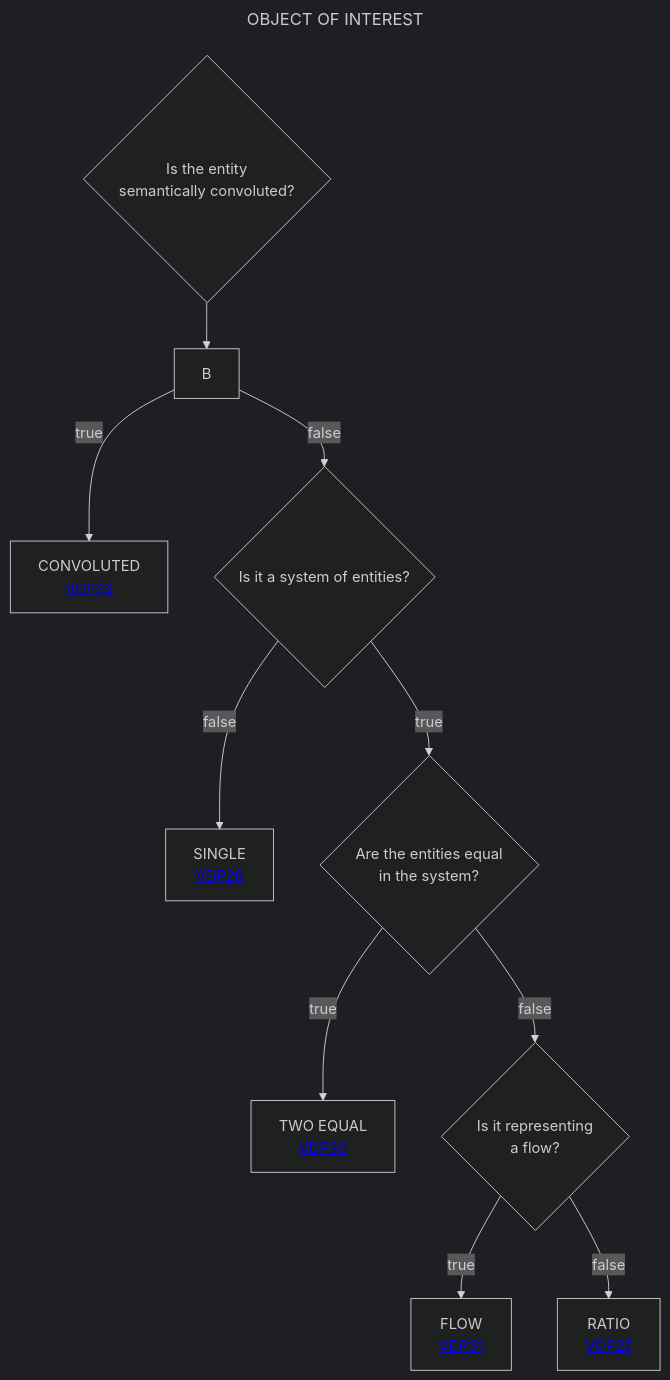
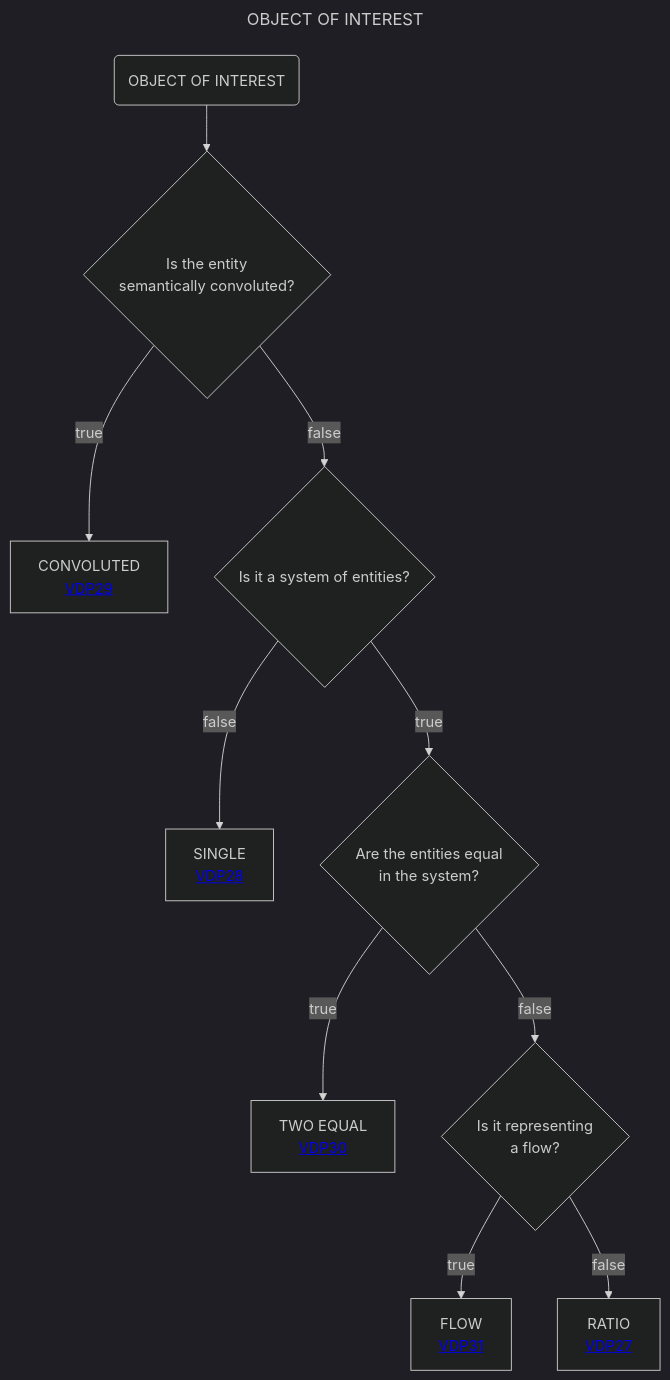
The diagram in Decisition_trees/DT5.mmd (mabablue/I-ADOPT-patterns-playground), drawn with Mermaid (dark theme) before and after one commit.

```diff
--- a/Decisition_trees/DT5.mmd
+++ b/Decisition_trees/DT5.mmd
@@ -1,13 +1,13 @@
 ---
 title: OBJECT OF INTEREST
 ---
 flowchart TD
-    A{Is the entity <br> semantically convoluted?} --> B
+    A(OBJECT OF INTEREST) --> B{Is the entity <br> semantically convoluted?}
     B --> |true|C[CONVOLUTED <br> <a href='https://github.com/mabablue/I-ADOPT-patterns-playground/blob/main/pattern/VDP29.yaml'>VDP29</a>]
     B --> |false|D{Is it a system of entities?}
     D --> |false|E[SINGLE <br> <a href='https://github.com/mabablue/I-ADOPT-patterns-playground/blob/main/pattern/VDP28.yaml'>VDP28</a>]
     D --> |true|F{Are the entities equal <br> in the system?}
     F --> |true|G[TWO EQUAL <br> <a href='https://github.com/mabablue/I-ADOPT-patterns-playground/blob/main/pattern/VDP30.yaml'>VDP30</a>]
     F --> |false|H{Is it representing <br> a flow?}
     H --> |true|I[FLOW <br> <a href='https://github.com/mabablue/I-ADOPT-patterns-playground/blob/main/pattern/VDP31.yaml'>VDP31</a>]
     H --> |false|J[RATIO <br> <a href='https://github.com/mabablue/I-ADOPT-patterns-playground/blob/main/pattern/VDP27.yaml'>VDP27</a>]
```
